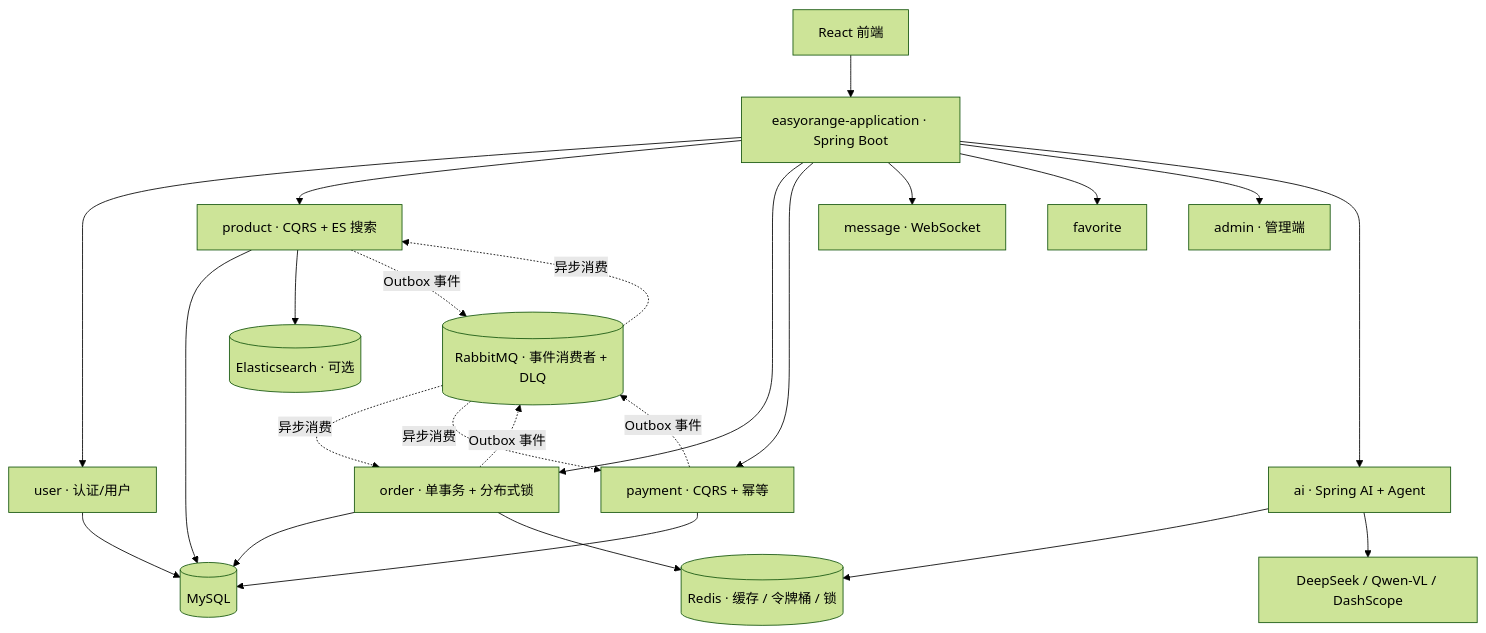
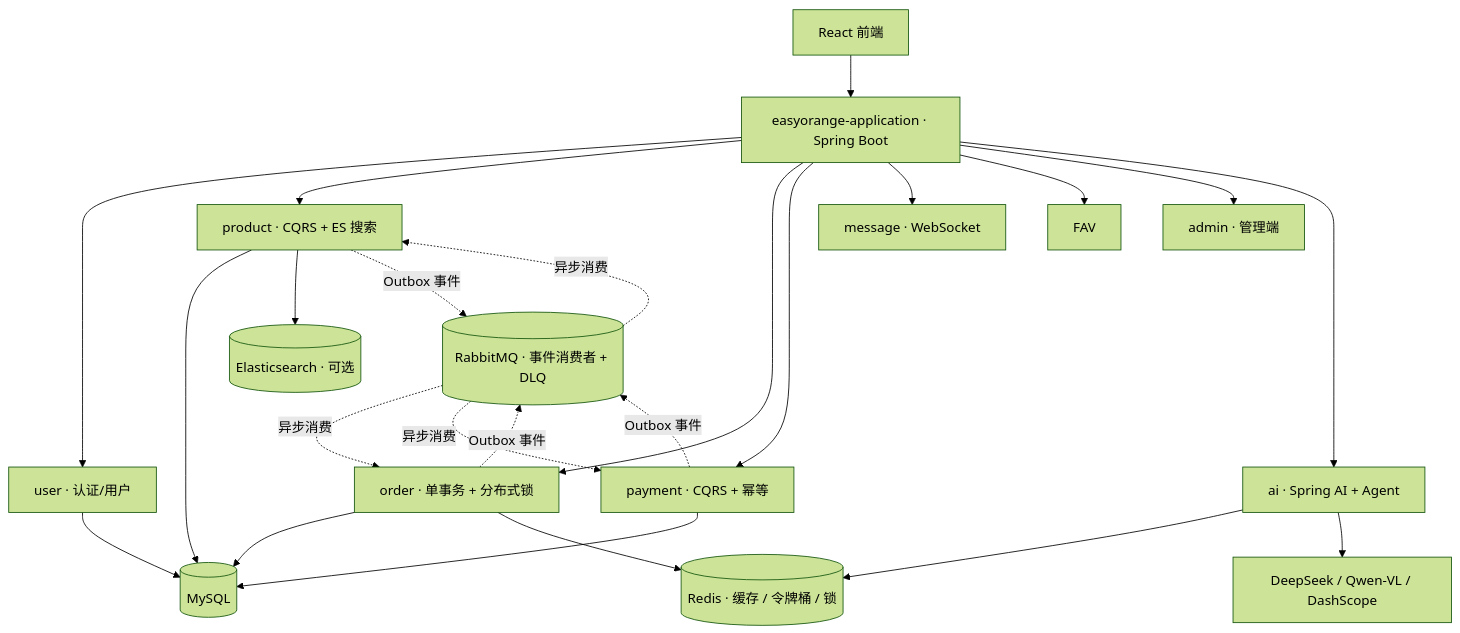
Before and after one commit to Xytheria-t/EasyOrange: the diagram in README.md, drawn with Mermaid (forest theme). The commit also changed other lines of this file and 16 other files, not shown here.

````diff
--- a/README.md
+++ b/README.md
@@ -82,44 +82,43 @@
 ```mermaid
 flowchart TB
     FE["React 前端"]
     APP["easyorange-application · Spring Boot"]
     USER["user · 认证/用户"]
     PROD["product · CQRS + ES 搜索"]
     ORD["order · 单事务 + 分布式锁"]
     PAY["payment · CQRS + 幂等"]
     MSG["message · WebSocket"]
-    FAV["favorite"]
     ADMIN["admin · 管理端"]
     AI["ai · Spring AI + Agent"]
     MQ[("RabbitMQ · 事件消费者 + DLQ")]
     DB[("MySQL")]
     REDIS[("Redis · 缓存 / 令牌桶 / 锁")]
     ES[("Elasticsearch · 可选")]
     LLM["DeepSeek / Qwen-VL / DashScope"]
 
     FE --> APP
     APP --> USER
     APP --> PROD
     APP --> ORD
     APP --> PAY
     APP --> MSG
     APP --> FAV
     APP --> ADMIN
     APP --> AI
 
     USER --> DB
     PROD --> DB
     ORD --> DB
     PAY --> DB
     PROD --> ES
     ORD --> REDIS
     AI --> REDIS
     AI --> LLM
 
     PROD -. "Outbox 事件" .-> MQ
     ORD -. "Outbox 事件" .-> MQ
     PAY -. "Outbox 事件" .-> MQ
     MQ -. "异步消费" .-> PROD
     MQ -. "异步消费" .-> ORD
     MQ -. "异步消费" .-> PAY
 ```
````
